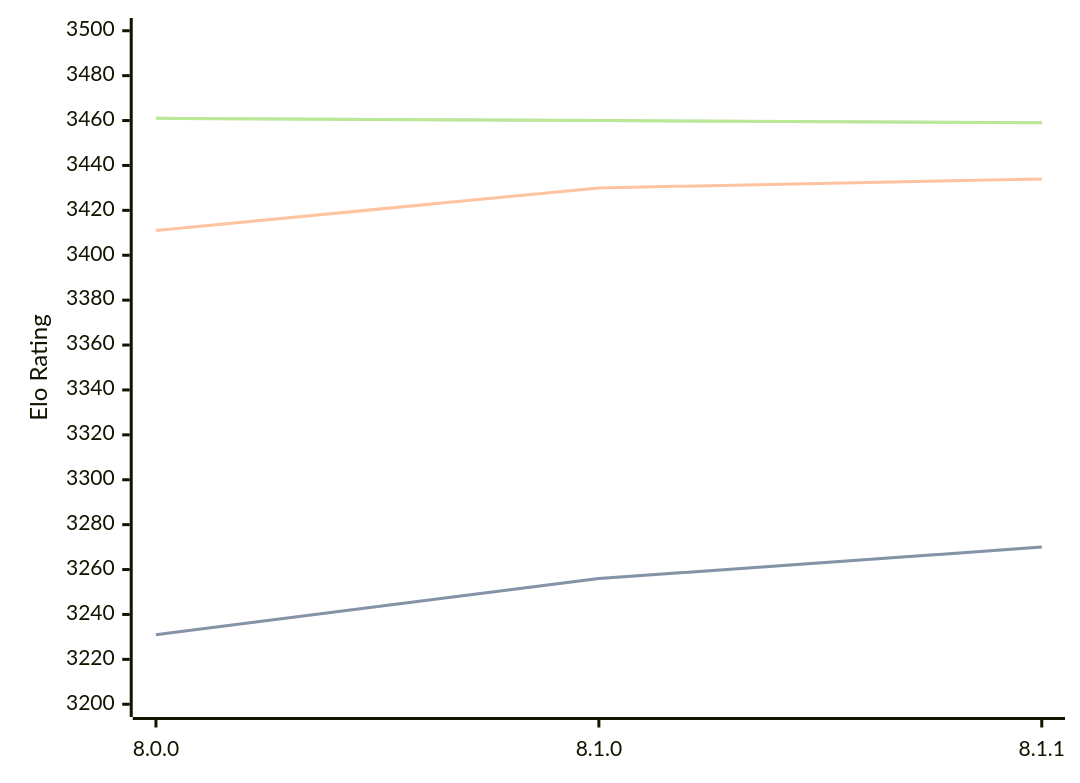
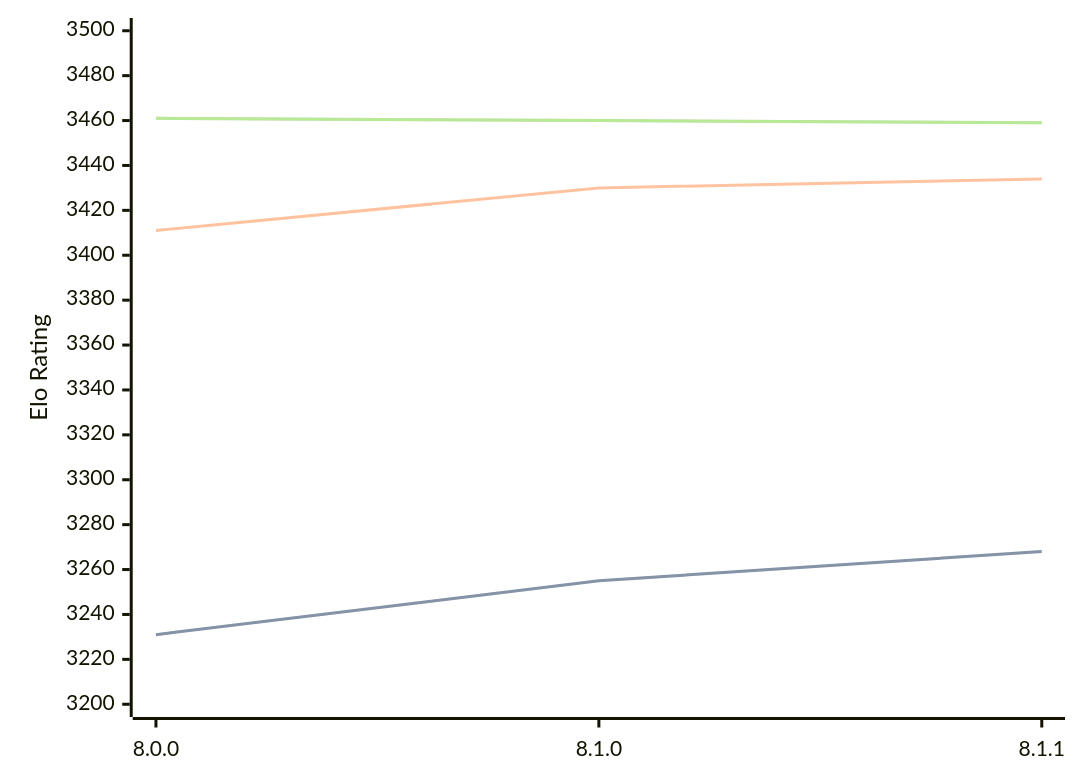
Before and after one commit to computer-chess-index/cci: the diagram in engines/Velvet.md, drawn with Mermaid. The commit also changed other lines of this file, not shown here.

````diff
--- a/engines/Velvet.md
+++ b/engines/Velvet.md
@@ -57,11 +57,11 @@
 ```mermaid
 %%{init: {"theme":"base","themeVariables":{"seriesColors:['#a3a3a3','#222221','#faa371']}}}%%
 xychart-beta
   x-axis ["8.0.0", "8.1.0", "8.1.1"]
   y-axis "Elo Rating" 3200 --> 3500
-  line "STC (8.0+0.08s)" [3231, 3256, 3270]
-  line "STC (8.0+0.08s)" [3231, 3256, 3270]
+  line "STC (8.0+0.08s)" [3231, 3255, 3268]
+  line "STC (8.0+0.08s)" [3231, 3255, 3268]
   line "LTC (60.0+0.60s)" [3411, 3430, 3434]
   line "VLTC (2m24s+1.12s)" [3461, 3460, 3459]
   line "VLTC (2m24s+1.12s)" [3461, 3460, 3459]
 ```
````
